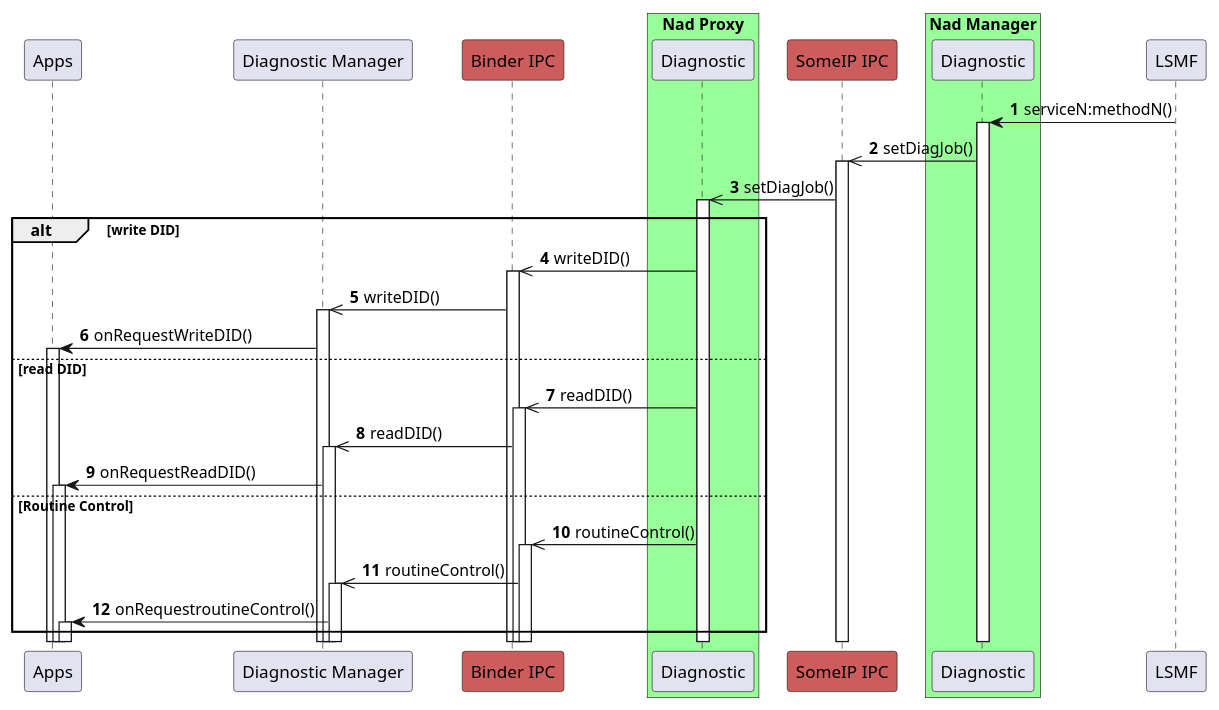
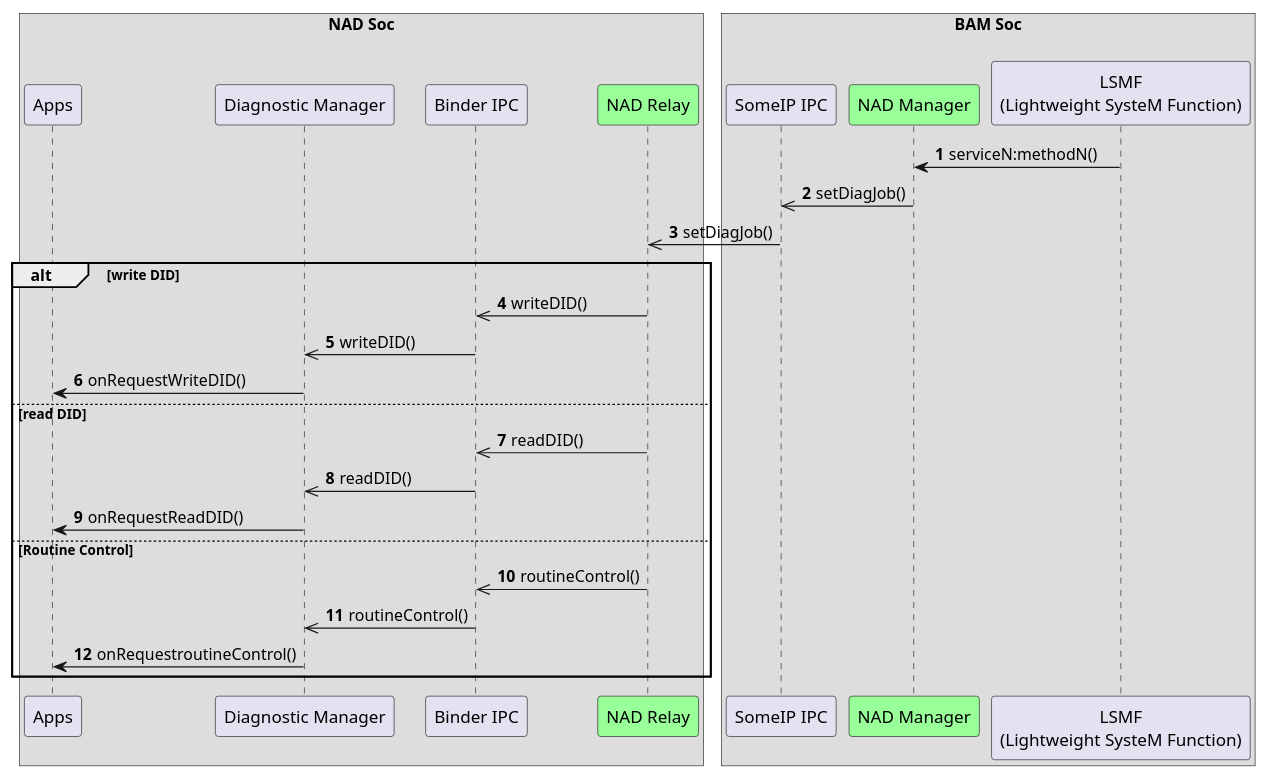
Before and after one commit to taikt/codefun: the first of 2 diagrams in doc/SA cert/Design/figures/sequence_diagram/diagnostic.wsd, drawn with PlantUML. The commit also changed 18 other files, not shown here.

```diff
--- a/doc/SA cert/Design/figures/sequence_diagram/diagnostic.wsd
+++ b/doc/SA cert/Design/figures/sequence_diagram/diagnostic.wsd
@@ -6,45 +6,50 @@
 @startuml
 autonumber
-autoactivate on
-participant "Apps" as app
-participant "Diagnostic Manager" as diag_mgr
+'autoactivate on
 
-participant "Binder IPC" as bin #IndianRed
+box "NAD Soc\n"
+    participant "Apps" as app
+    participant "Diagnostic Manager" as diag_mgr
 
-box "Nad Proxy" #99FF99
-'participant "Main" as nad_main
-participant "Diagnostic" as diag_pr
+    
+    participant "Binder IPC" as bin 
+
+   
+    participant "NAD Relay" as diag_pr #99FF99
+   
+
+
 end box
-
-participant "SomeIP IPC" as sip #IndianRed
 
 
 
-box "Nad Manager" #99FF99
 
-participant "Diagnostic" as nadm
+box "BAM Soc\n"
+    participant "SomeIP IPC" as sip 
+
+   
+    participant "NAD Manager" as nadm #99FF99
+ 
+    participant "LSMF\n(Lightweight SysteM Function)" as lsmf
 end box
-
-participant "LSMF" as lsmf
-
 
 lsmf -> nadm: serviceN:methodN()
 nadm ->> sip: setDiagJob() 
 sip ->> diag_pr: setDiagJob() 
 
 alt write DID
 diag_pr ->> bin: writeDID()
 bin ->> diag_mgr: writeDID()
 diag_mgr -> app: onRequestWriteDID()
 else read DID
 diag_pr ->> bin: readDID()
 bin ->> diag_mgr: readDID()
 diag_mgr -> app: onRequestReadDID()
 else Routine Control
 diag_pr ->> bin: routineControl()
 bin ->> diag_mgr: routineControl()
 diag_mgr -> app: onRequestroutineControl()
 end
 
 
 @enduml
```
